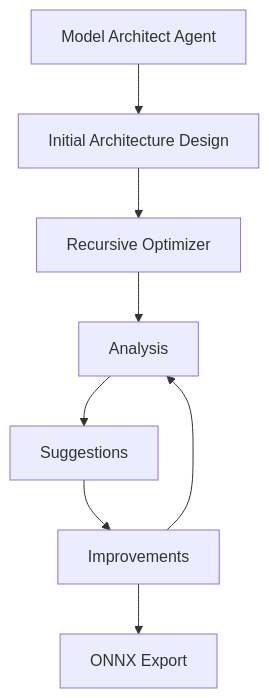
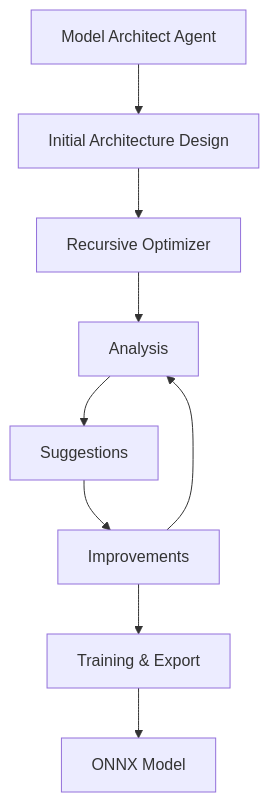
The diagram in agents/model-architect/README.md (ruvnet/ds.js), drawn with Mermaid before and after one commit. The commit also changed other lines of this file and 9 other files, not shown here.

````diff
--- a/agents/model-architect/README.md
+++ b/agents/model-architect/README.md
@@ -85,10 +102,11 @@
 ```mermaid
 graph TD
     A[Model Architect Agent] --> B[Initial Architecture Design]
     B --> C[Recursive Optimizer]
     C --> D[Analysis]
     D --> E[Suggestions]
     E --> F[Improvements]
     F --> D
-    F --> G[ONNX Export]
+    F --> G[Training & Export]
+    G --> H[ONNX Model]
 ```
````
